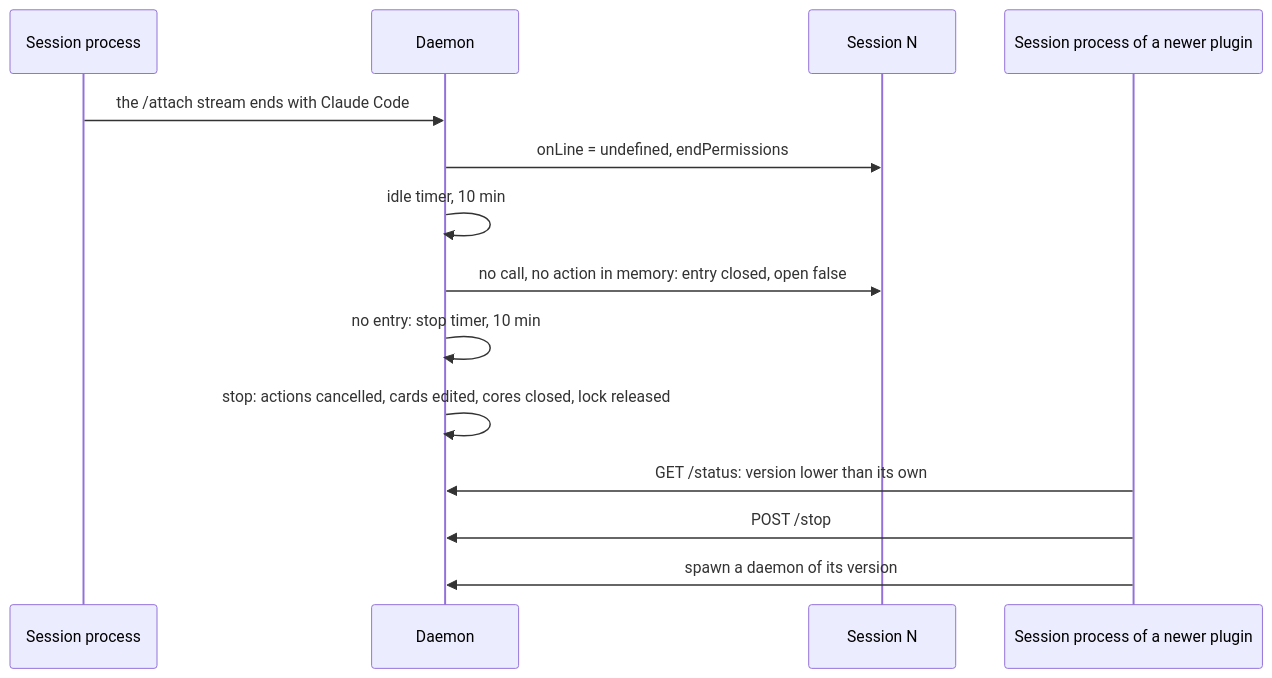
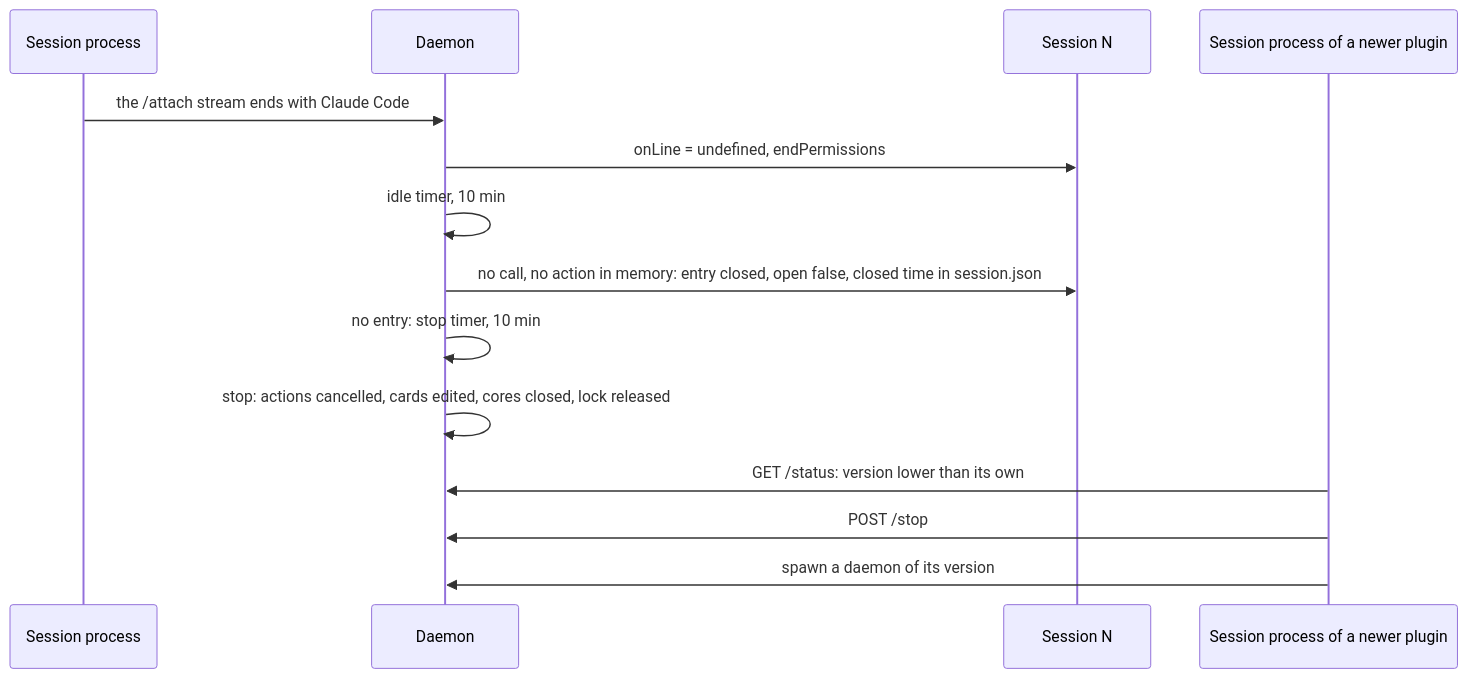
One commit to simplex-chat/simplex-chat changed diagram 26 of 30 in packages/simplex-chat-mcp/spec/flows.md. Above: the diagram before and after it, drawn with Mermaid. The commit also changed other lines of this file and 3 other files, not shown here.

````diff
--- a/packages/simplex-chat-mcp/spec/flows.md
+++ b/packages/simplex-chat-mcp/spec/flows.md
@@ -1110,16 +1114,16 @@
 ```mermaid
 sequenceDiagram
   participant S as Session process
   participant D as Daemon
   participant N as Session N
   participant S2 as Session process of a newer plugin
   S->>D: the /attach stream ends with Claude Code
   D->>N: onLine = undefined, endPermissions
   D->>D: idle timer, 10 min
-  D->>N: no call, no action in memory: entry closed, open false
+  D->>N: no call, no action in memory: entry closed, open false, closed time in session.json
   D->>D: no entry: stop timer, 10 min
   D->>D: stop: actions cancelled, cards edited, cores closed, lock released
   S2->>D: GET /status: version lower than its own
   S2->>D: POST /stop
   S2->>D: spawn a daemon of its version
 ```
````
